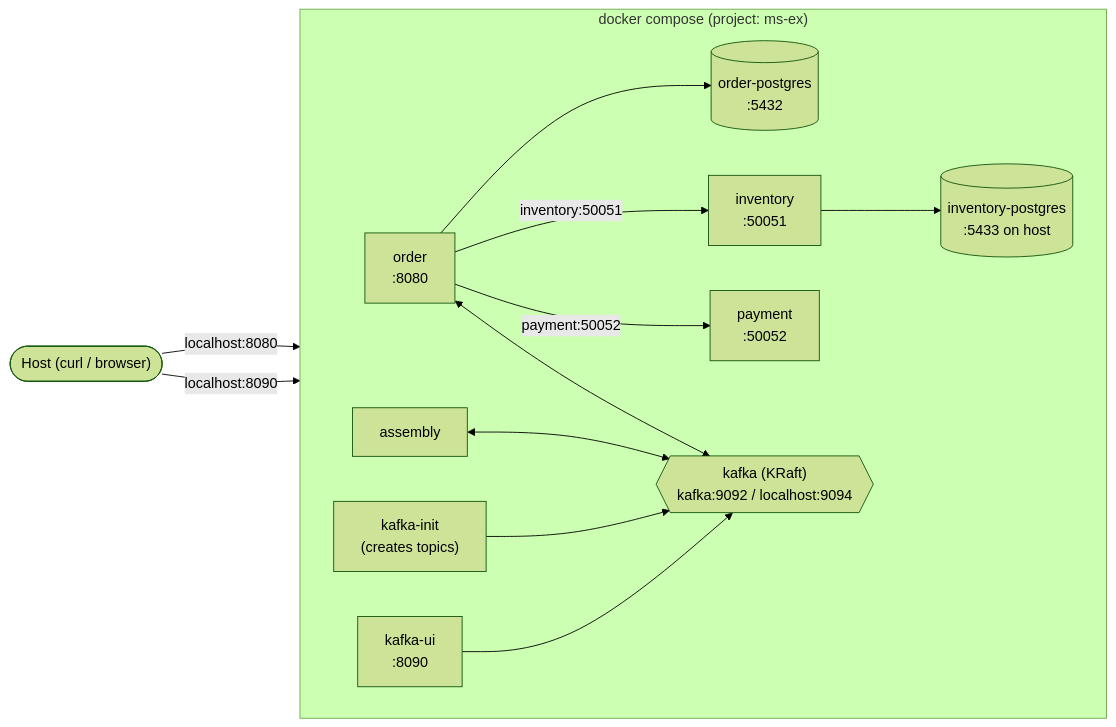
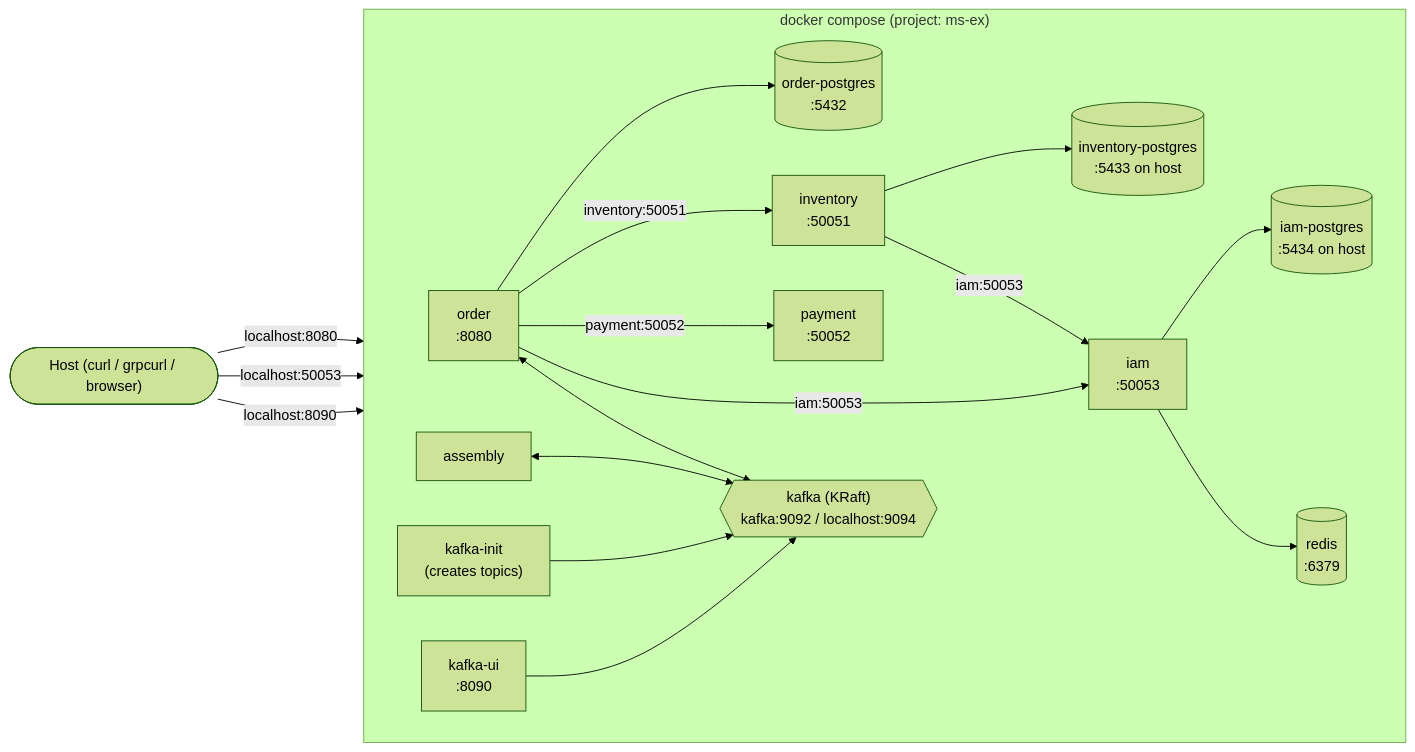
Before and after one commit to omaigo88/ms-ex: the sixth of 6 diagrams in docs/architecture.md, drawn with Mermaid (forest theme). The commit also changed other lines of this file and 64 other files, not shown here.

````diff
--- a/docs/architecture.md
+++ b/docs/architecture.md
@@ -237,27 +330,35 @@
 ```mermaid
 flowchart LR
     subgraph "docker compose (project: ms-ex)"
         direction LR
         Order["order\n:8080"]
         OrderPG[("order-postgres\n:5432")]
         Inventory["inventory\n:50051"]
         InventoryPG[("inventory-postgres\n:5433 on host")]
         Payment["payment\n:50052"]
+        IAM["iam\n:50053"]
+        IAMPG[("iam-postgres\n:5434 on host")]
+        Redis[("redis\n:6379")]
         Assembly["assembly"]
         Kafka{{"kafka (KRaft)\nkafka:9092 / localhost:9094"}}
         KafkaInit["kafka-init\n(creates topics)"]
         KafkaUI["kafka-ui\n:8090"]
 
         Order --> OrderPG
         Order -- "inventory:50051" --> Inventory
         Order -- "payment:50052" --> Payment
         Inventory --> InventoryPG
+        Order -- "iam:50053" --> IAM
+        Inventory -- "iam:50053" --> IAM
+        IAM --> IAMPG
+        IAM --> Redis
         Order <--> Kafka
         Assembly <--> Kafka
         KafkaInit --> Kafka
         KafkaUI --> Kafka
     end
 
-    Host(["Host (curl / browser)"]) -- "localhost:8080" --> Order
+    Host(["Host (curl / grpcurl / browser)"]) -- "localhost:8080" --> Order
+    Host -- "localhost:50053" --> IAM
     Host -- "localhost:8090" --> KafkaUI
 ```
````
